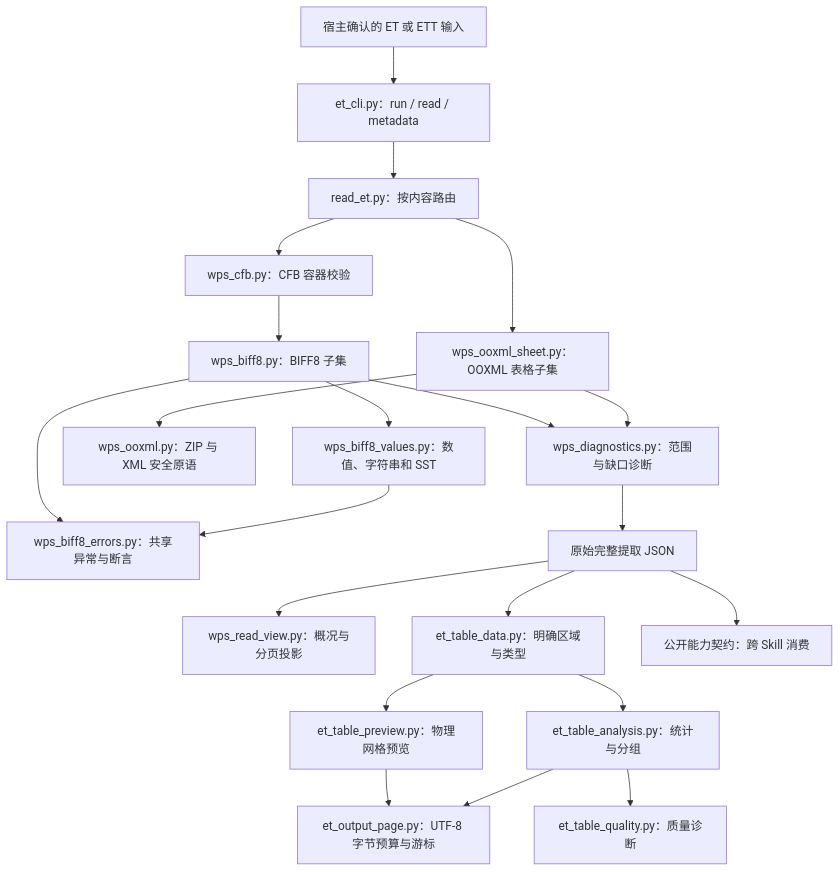
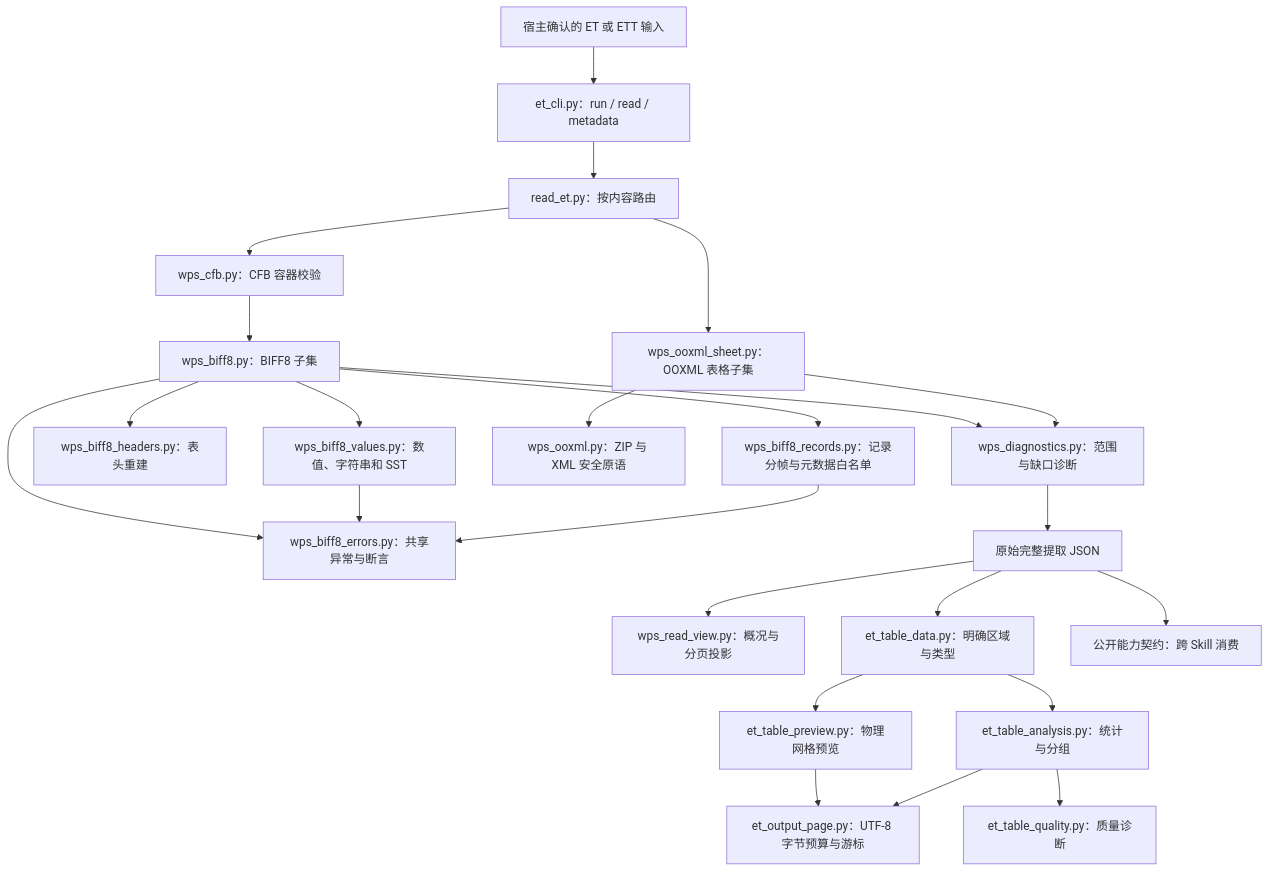
One commit to JohnParken/PSL-SKILLS changed the first of 2 diagrams in docs/skills/et.md. Above: the diagram before and after it, drawn with Mermaid. The commit also changed other lines of this file and 26 other files, not shown here.

````diff
--- a/docs/skills/et.md
+++ b/docs/skills/et.md
@@ -22,23 +22,26 @@
 ```mermaid
 flowchart TD
     A["宿主确认的 ET 或 ETT 输入"] --> B["et_cli.py：run / read / metadata"]
     B --> C["read_et.py：按内容路由"]
     C --> D["wps_cfb.py：CFB 容器校验"]
     D --> E["wps_biff8.py：BIFF8 子集"]
+    E --> ER["wps_biff8_records.py：记录分帧与元数据白名单"]
+    E --> EH["wps_biff8_headers.py：表头重建"]
     E --> EV["wps_biff8_values.py：数值、字符串和 SST"]
     E --> EE["wps_biff8_errors.py：共享异常与断言"]
     EV --> EE
+    ER --> EE
     C --> F["wps_ooxml_sheet.py：OOXML 表格子集"]
     F --> G["wps_ooxml.py：ZIP 与 XML 安全原语"]
     E --> H["wps_diagnostics.py：范围与缺口诊断"]
     F --> H
     H --> I["原始完整提取 JSON"]
     I --> J["wps_read_view.py：概况与分页投影"]
     I --> K["et_table_data.py：明确区域与类型"]
     K --> L["et_table_preview.py：物理网格预览"]
     K --> M["et_table_analysis.py：统计与分组"]
     M --> N["et_table_quality.py：质量诊断"]
     L --> P["et_output_page.py：UTF-8 字节预算与游标"]
     M --> P
     I --> O["公开能力契约：跨 Skill 消费"]
 ```
````
